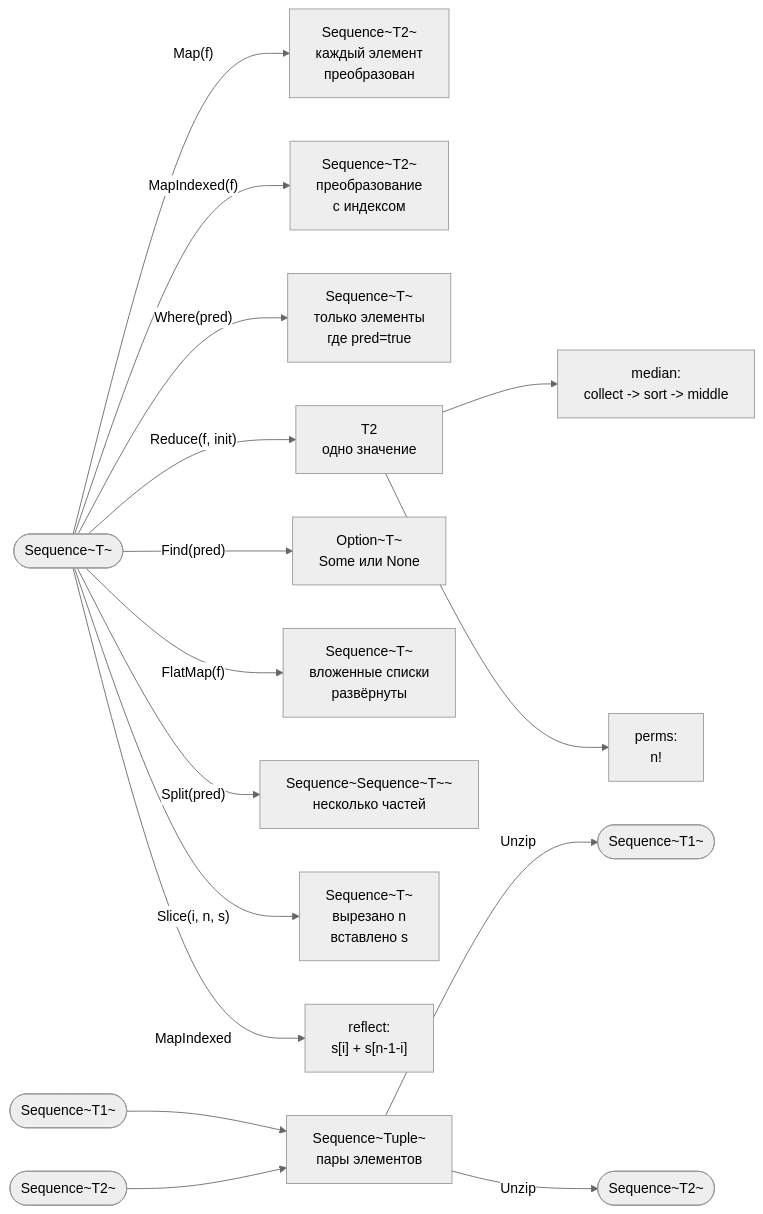
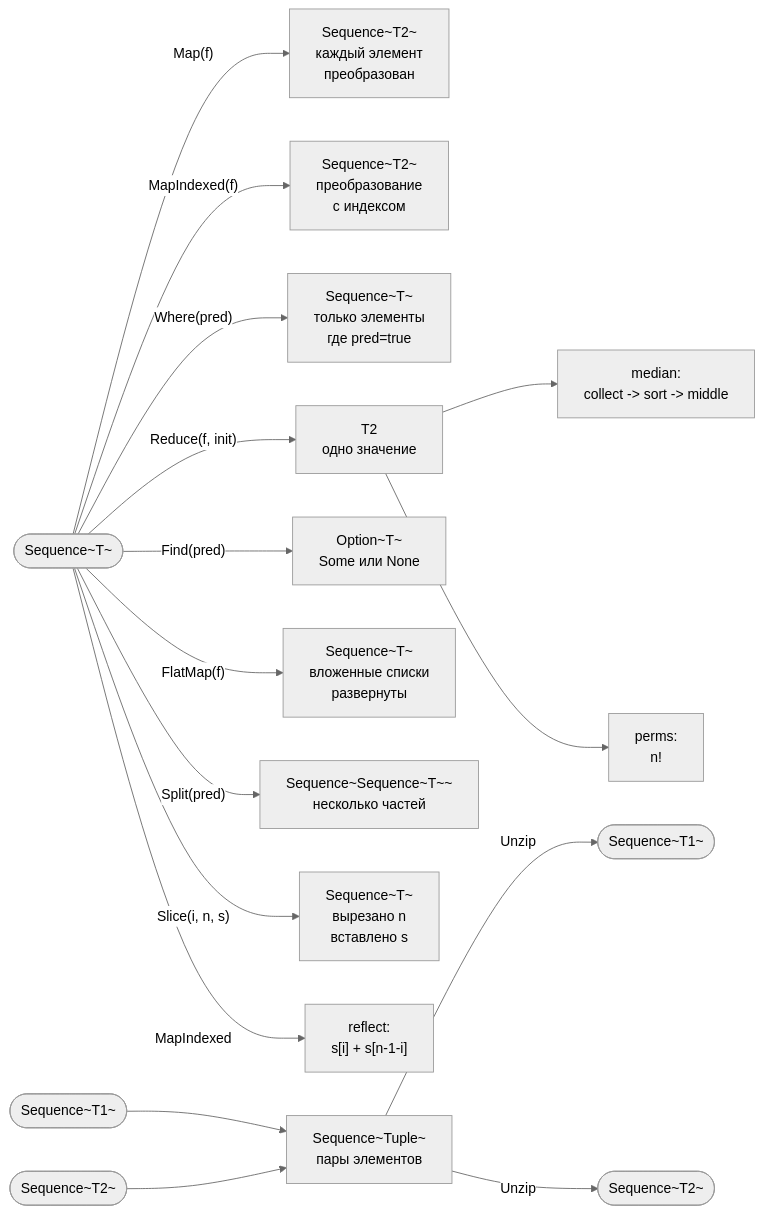
One commit to VenEraBle842/ADTLinearOrganization changed the third of 4 diagrams in README.md. Above: the diagram before and after it, drawn with Mermaid (neutral theme). The commit also changed other lines of this file, not shown here.

````diff
--- a/README.md
+++ b/README.md
@@ -259,22 +271,22 @@
 ```mermaid
 flowchart LR
     SRC([Sequence~T~])
 
     SRC -->|"Map(f)"| MAP["Sequence~T2~<br/>каждый элемент<br/>преобразован"]
     SRC -->|"MapIndexed(f)"| MIDX["Sequence~T2~<br/>преобразование<br/>с индексом"]
     SRC -->|"Where(pred)"| WHR["Sequence~T~<br/>только элементы<br/>где pred=true"]
     SRC -->|"Reduce(f, init)"| RED["T2<br/>одно значение"]
     SRC -->|"Find(pred)"| FND["Option~T~<br/>Some или None"]
-    SRC -->|"FlatMap(f)"| FMAP["Sequence~T~<br/>вложенные списки<br/>развёрнуты"]
+    SRC -->|"FlatMap(f)"| FMAP["Sequence~T~<br/>вложенные списки<br/>развернуты"]
     SRC -->|"Split(pred)"| SPL["Sequence~Sequence~T~~<br/>несколько частей"]
     SRC -->|"Slice(i, n, s)"| SLC["Sequence~T~<br/>вырезано n<br/>вставлено s"]
 
     SRC2([Sequence~T1~]) --> ZIP
     SRC3([Sequence~T2~]) --> ZIP["Sequence~Tuple~<br/>пары элементов"]
     ZIP -->|Unzip| UNZ1([Sequence~T1~])
     ZIP -->|Unzip| UNZ2([Sequence~T2~])
 
     RED --> MED["median:<br/>collect -> sort -> middle"]
     RED --> PRM["perms:<br/>n!"]
     SRC -->|MapIndexed| RFL["reflect:<br/>s[i] + s[n-1-i]"]
 ```
````
